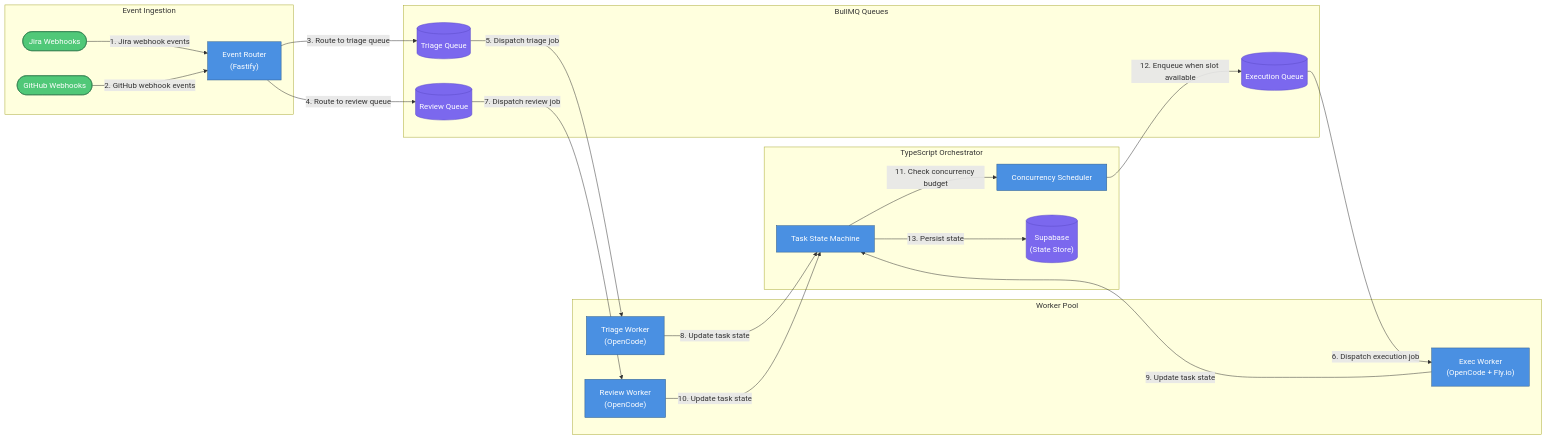
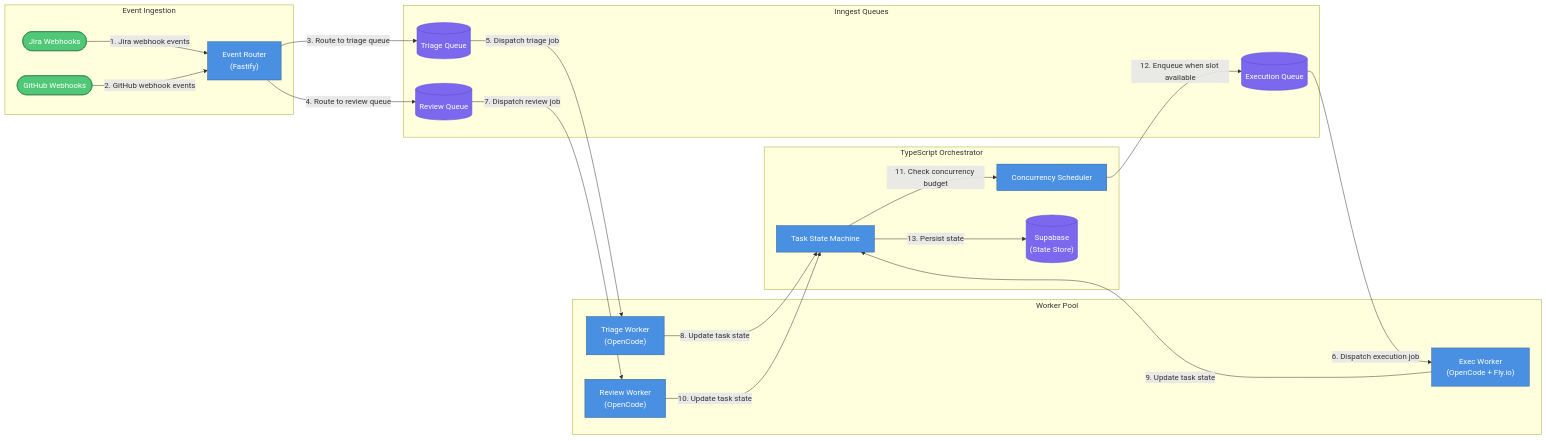
The ninth of 15 diagrams in docs/2026-03-22-2317-ai-employee-architecture.md (viiqswim/dozaldevs-ai-employee), drawn with Mermaid before and after one commit. The commit also changed other lines of this file, not shown here.

Commit message:
docs: simplify stack for speed-to-V1 — replace BullMQ/LangGraph/LangSmith with Inngest, add deferred capabilities section

````diff
--- a/docs/2026-03-22-2317-ai-employee-architecture.md
+++ b/docs/2026-03-22-2317-ai-employee-architecture.md
@@ -872,44 +873,44 @@
 ```mermaid
 graph LR
     subgraph Event Ingestion
         WH1(["Jira Webhooks"]):::event
         WH2(["GitHub Webhooks"]):::event
         ROUTER["Event Router\n(Fastify)"]:::service
     end
 
-    subgraph BullMQ Queues
+    subgraph Inngest Queues
         Q_TRIAGE[("Triage Queue")]:::storage
         Q_EXEC[("Execution Queue")]:::storage
         Q_REVIEW[("Review Queue")]:::storage
     end
 
     subgraph TypeScript Orchestrator
         SM["Task State Machine"]:::service
         SCHED["Concurrency Scheduler"]:::service
         SUPABASE[("Supabase\n(State Store)")]:::storage
     end
 
     subgraph Worker Pool
         T1["Triage Worker\n(OpenCode)"]:::service
         E1["Exec Worker\n(OpenCode + Fly.io)"]:::service
         R1["Review Worker\n(OpenCode)"]:::service
     end
 
     WH1 -->|"1. Jira webhook events"| ROUTER
     WH2 -->|"2. GitHub webhook events"| ROUTER
     ROUTER -->|"3. Route to triage queue"| Q_TRIAGE
     ROUTER -->|"4. Route to review queue"| Q_REVIEW
     Q_TRIAGE -->|"5. Dispatch triage job"| T1
     Q_EXEC -->|"6. Dispatch execution job"| E1
     Q_REVIEW -->|"7. Dispatch review job"| R1
     T1 -->|"8. Update task state"| SM
     E1 -->|"9. Update task state"| SM
     R1 -->|"10. Update task state"| SM
     SM -->|"11. Check concurrency budget"| SCHED
     SCHED -->|"12. Enqueue when slot available"| Q_EXEC
     SM -->|"13. Persist state"| SUPABASE
 
     classDef service fill:#4A90E2,stroke:#2E5C8A,color:#fff
     classDef storage fill:#7B68EE,stroke:#5B4BC7,color:#fff
     classDef event fill:#50C878,stroke:#2D7A4A,color:#fff
 ```
````
